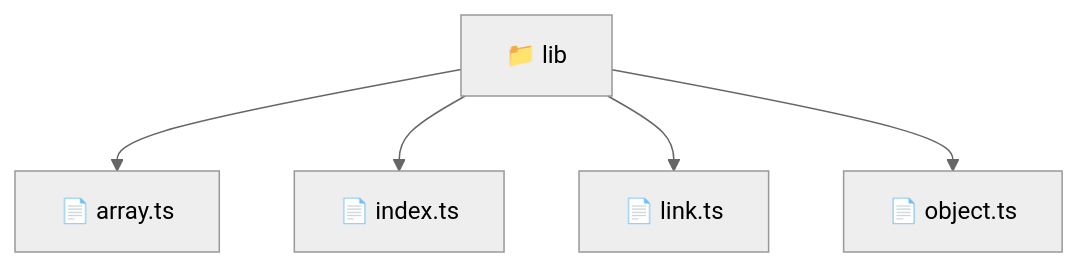
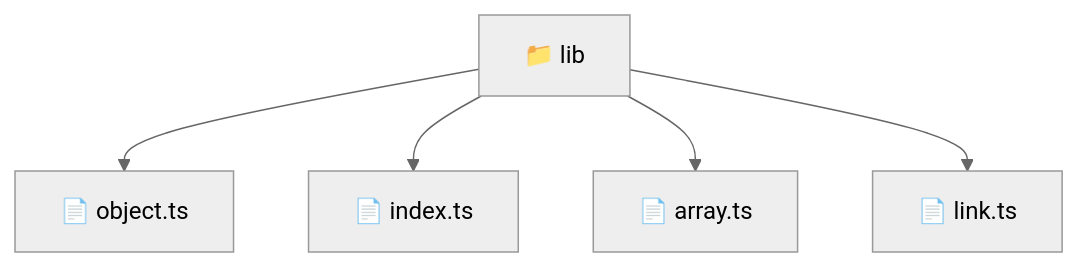
One commit to beginwebdev2002/fullstack-mavluda changed the diagram in frontend/src/shared/lib/README.md. Above: the diagram before and after it, drawn with Mermaid (neutral theme). The commit also changed other lines of this file and 164 other files, not shown here.

First line of the commit message:
docs: generate robust autonomous architectural documentation

````diff
--- a/frontend/src/shared/lib/README.md
+++ b/frontend/src/shared/lib/README.md
@@ -11,8 +11,8 @@
 ```mermaid
 graph TD
-  Root["📁 lib"]
-  Root --> array_ts["📄 array.ts"]
-  Root --> index_ts["📄 index.ts"]
-  Root --> link_ts["📄 link.ts"]
-  Root --> object_ts["📄 object.ts"]
+    f_lib["📁 lib"]
+    f_lib --> f_object_ts["📄 object.ts"]
+    f_lib --> f_index_ts["📄 index.ts"]
+    f_lib --> f_array_ts["📄 array.ts"]
+    f_lib --> f_link_ts["📄 link.ts"]
 ```
````
